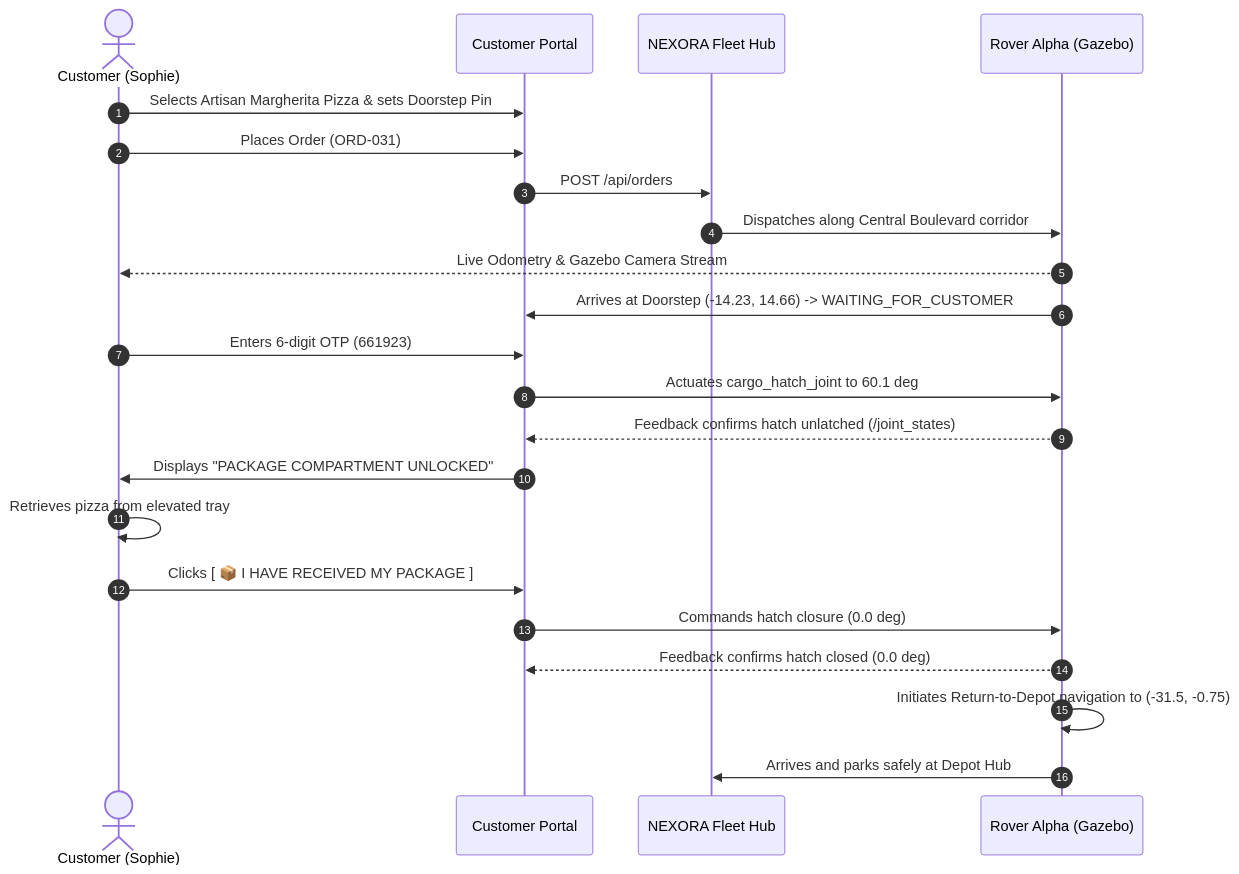
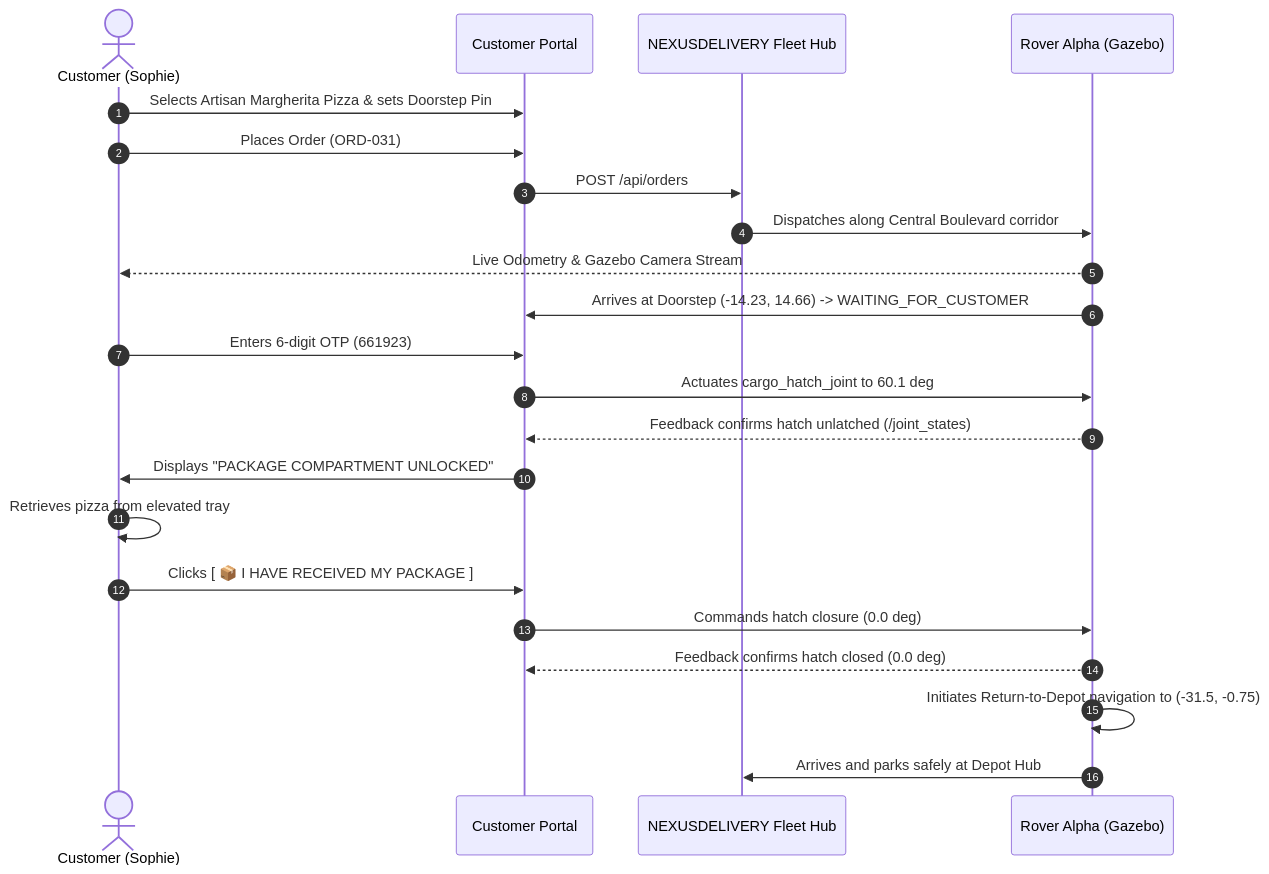
One commit to Chiheb-bt/NexusDelivery-Autonomous-AMR changed the diagram in docs/audit/FINAL_CUSTOMER_EXPERIENCE_REPORT.md. Above: the diagram before and after it, drawn with Mermaid. The commit also changed other lines of this file and 11 other files, not shown here.

````diff
--- a/docs/audit/FINAL_CUSTOMER_EXPERIENCE_REPORT.md
+++ b/docs/audit/FINAL_CUSTOMER_EXPERIENCE_REPORT.md
@@ -14,25 +14,25 @@
 ```mermaid
 sequenceDiagram
     autonumber
     actor Customer as Customer (Sophie)
     participant Web as Customer Portal
-    participant Fleet as NEXORA Fleet Hub
+    participant Fleet as NEXUSDELIVERY Fleet Hub
     participant Rover as Rover Alpha (Gazebo)
 
     Customer->>Web: Selects Artisan Margherita Pizza & sets Doorstep Pin
     Customer->>Web: Places Order (ORD-031)
     Web->>Fleet: POST /api/orders
     Fleet->>Rover: Dispatches along Central Boulevard corridor
     Rover-->>Customer: Live Odometry & Gazebo Camera Stream
     Rover->>Web: Arrives at Doorstep (-14.23, 14.66) -> WAITING_FOR_CUSTOMER
     Customer->>Web: Enters 6-digit OTP (661923)
     Web->>Rover: Actuates cargo_hatch_joint to 60.1 deg
     Rover-->>Web: Feedback confirms hatch unlatched (/joint_states)
     Web->>Customer: Displays "PACKAGE COMPARTMENT UNLOCKED"
     Customer->>Customer: Retrieves pizza from elevated tray
     Customer->>Web: Clicks [ 📦 I HAVE RECEIVED MY PACKAGE ]
     Web->>Rover: Commands hatch closure (0.0 deg)
     Rover-->>Web: Feedback confirms hatch closed (0.0 deg)
     Rover->>Rover: Initiates Return-to-Depot navigation to (-31.5, -0.75)
     Rover->>Fleet: Arrives and parks safely at Depot Hub
 ```
````
